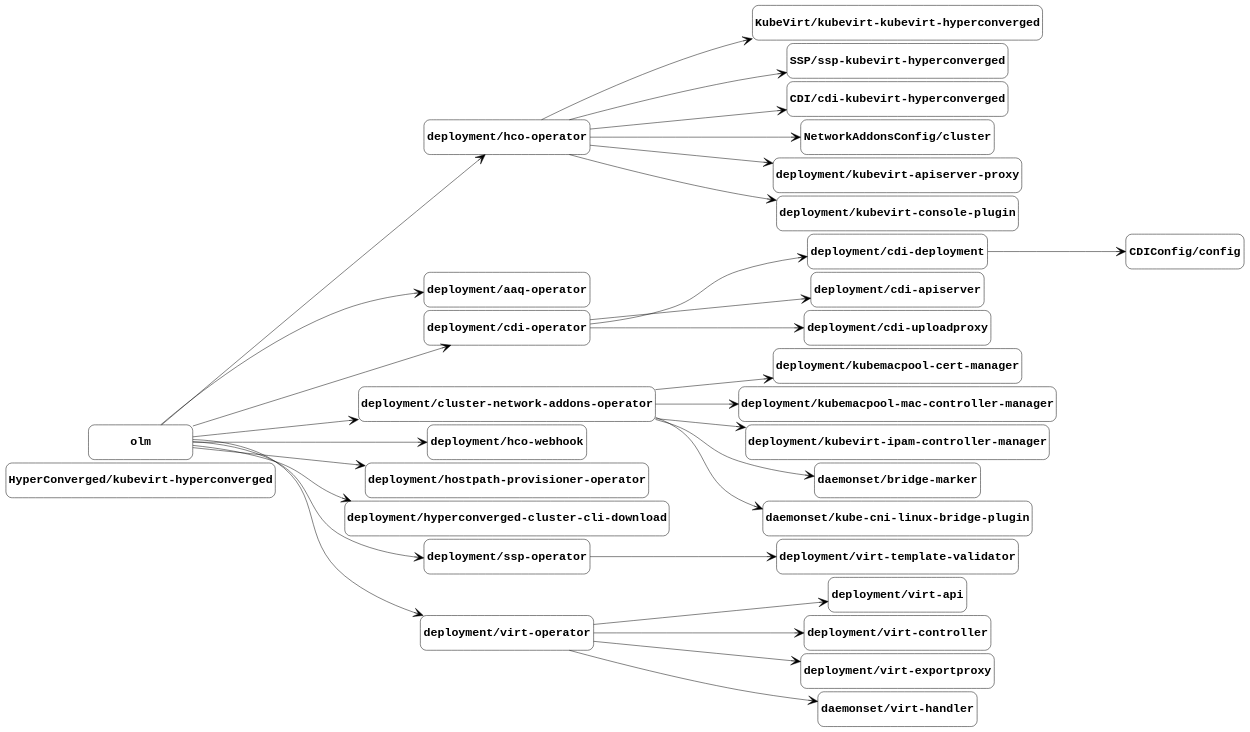
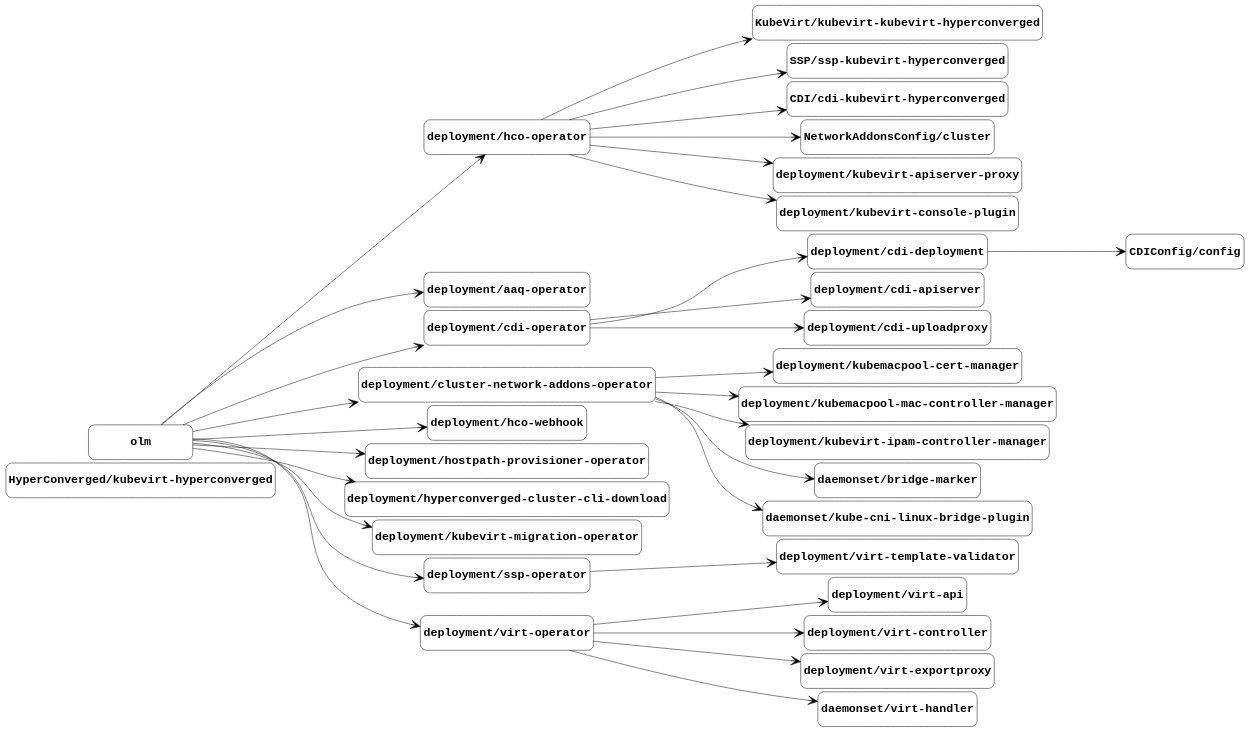
One commit to kubevirt/hyperconverged-cluster-operator changed the diagram in docs/managed-by.gv. Above: the diagram before and after it, drawn with Graphviz. The commit also changed 3 other files, not shown here.

Commit message:
Update component graphs from the nightly job

```diff
--- a/docs/managed-by.gv
+++ b/docs/managed-by.gv
@@ -1,93 +1,96 @@
 digraph "managed-by" {
 	graph [center=true margin=0.2 nodesep=0.1 rankdir=LR ranksep=2]
 	node [fontname="Courier-Bold" fontsize=24 height=1 shape=box style=rounded width=3]
 	edge [arrowhead=vee arrowsize=2]
 	"HyperConverged/kubevirt-hyperconverged" [label="HyperConverged/kubevirt-hyperconverged"]
 	"KubeVirt/kubevirt-kubevirt-hyperconverged" [label="KubeVirt/kubevirt-kubevirt-hyperconverged"]
 	"deployment/hco-operator" [label="deployment/hco-operator"]
 	"deployment/hco-operator" -> "KubeVirt/kubevirt-kubevirt-hyperconverged"
 	"SSP/ssp-kubevirt-hyperconverged" [label="SSP/ssp-kubevirt-hyperconverged"]
 	"deployment/hco-operator" [label="deployment/hco-operator"]
 	"deployment/hco-operator" -> "SSP/ssp-kubevirt-hyperconverged"
 	"CDI/cdi-kubevirt-hyperconverged" [label="CDI/cdi-kubevirt-hyperconverged"]
 	"deployment/hco-operator" [label="deployment/hco-operator"]
 	"deployment/hco-operator" -> "CDI/cdi-kubevirt-hyperconverged"
 	"CDIConfig/config" [label="CDIConfig/config"]
 	"deployment/cdi-deployment" [label="deployment/cdi-deployment"]
 	"deployment/cdi-deployment" -> "CDIConfig/config"
 	"NetworkAddonsConfig/cluster" [label="NetworkAddonsConfig/cluster"]
 	"deployment/hco-operator" [label="deployment/hco-operator"]
 	"deployment/hco-operator" -> "NetworkAddonsConfig/cluster"
 	"deployment/aaq-operator" [label="deployment/aaq-operator"]
 	olm [label=olm]
 	olm -> "deployment/aaq-operator"
 	"deployment/cdi-apiserver" [label="deployment/cdi-apiserver"]
 	"deployment/cdi-operator" [label="deployment/cdi-operator"]
 	"deployment/cdi-operator" -> "deployment/cdi-apiserver"
 	"deployment/cdi-deployment" [label="deployment/cdi-deployment"]
 	"deployment/cdi-operator" [label="deployment/cdi-operator"]
 	"deployment/cdi-operator" -> "deployment/cdi-deployment"
 	"deployment/cdi-operator" [label="deployment/cdi-operator"]
 	olm [label=olm]
 	olm -> "deployment/cdi-operator"
 	"deployment/cdi-uploadproxy" [label="deployment/cdi-uploadproxy"]
 	"deployment/cdi-operator" [label="deployment/cdi-operator"]
 	"deployment/cdi-operator" -> "deployment/cdi-uploadproxy"
 	"deployment/cluster-network-addons-operator" [label="deployment/cluster-network-addons-operator"]
 	olm [label=olm]
 	olm -> "deployment/cluster-network-addons-operator"
 	"deployment/hco-operator" [label="deployment/hco-operator"]
 	olm [label=olm]
 	olm -> "deployment/hco-operator"
 	"deployment/hco-webhook" [label="deployment/hco-webhook"]
 	olm [label=olm]
 	olm -> "deployment/hco-webhook"
 	"deployment/hostpath-provisioner-operator" [label="deployment/hostpath-provisioner-operator"]
 	olm [label=olm]
 	olm -> "deployment/hostpath-provisioner-operator"
 	"deployment/hyperconverged-cluster-cli-download" [label="deployment/hyperconverged-cluster-cli-download"]
 	olm [label=olm]
 	olm -> "deployment/hyperconverged-cluster-cli-download"
 	"deployment/kubemacpool-cert-manager" [label="deployment/kubemacpool-cert-manager"]
 	"deployment/cluster-network-addons-operator" [label="deployment/cluster-network-addons-operator"]
 	"deployment/cluster-network-addons-operator" -> "deployment/kubemacpool-cert-manager"
 	"deployment/kubemacpool-mac-controller-manager" [label="deployment/kubemacpool-mac-controller-manager"]
 	"deployment/cluster-network-addons-operator" [label="deployment/cluster-network-addons-operator"]
 	"deployment/cluster-network-addons-operator" -> "deployment/kubemacpool-mac-controller-manager"
 	"deployment/kubevirt-apiserver-proxy" [label="deployment/kubevirt-apiserver-proxy"]
 	"deployment/hco-operator" [label="deployment/hco-operator"]
 	"deployment/hco-operator" -> "deployment/kubevirt-apiserver-proxy"
 	"deployment/kubevirt-console-plugin" [label="deployment/kubevirt-console-plugin"]
 	"deployment/hco-operator" [label="deployment/hco-operator"]
 	"deployment/hco-operator" -> "deployment/kubevirt-console-plugin"
 	"deployment/kubevirt-ipam-controller-manager" [label="deployment/kubevirt-ipam-controller-manager"]
 	"deployment/cluster-network-addons-operator" [label="deployment/cluster-network-addons-operator"]
 	"deployment/cluster-network-addons-operator" -> "deployment/kubevirt-ipam-controller-manager"
+	"deployment/kubevirt-migration-operator" [label="deployment/kubevirt-migration-operator"]
+	olm [label=olm]
+	olm -> "deployment/kubevirt-migration-operator"
 	"deployment/ssp-operator" [label="deployment/ssp-operator"]
 	olm [label=olm]
 	olm -> "deployment/ssp-operator"
 	"deployment/virt-api" [label="deployment/virt-api"]
 	"deployment/virt-operator" [label="deployment/virt-operator"]
 	"deployment/virt-operator" -> "deployment/virt-api"
 	"deployment/virt-controller" [label="deployment/virt-controller"]
 	"deployment/virt-operator" [label="deployment/virt-operator"]
 	"deployment/virt-operator" -> "deployment/virt-controller"
 	"deployment/virt-exportproxy" [label="deployment/virt-exportproxy"]
 	"deployment/virt-operator" [label="deployment/virt-operator"]
 	"deployment/virt-operator" -> "deployment/virt-exportproxy"
 	"deployment/virt-operator" [label="deployment/virt-operator"]
 	olm [label=olm]
 	olm -> "deployment/virt-operator"
 	"deployment/virt-template-validator" [label="deployment/virt-template-validator"]
 	"deployment/ssp-operator" [label="deployment/ssp-operator"]
 	"deployment/ssp-operator" -> "deployment/virt-template-validator"
 	"daemonset/bridge-marker" [label="daemonset/bridge-marker"]
 	"deployment/cluster-network-addons-operator" [label="deployment/cluster-network-addons-operator"]
 	"deployment/cluster-network-addons-operator" -> "daemonset/bridge-marker"
 	"daemonset/kube-cni-linux-bridge-plugin" [label="daemonset/kube-cni-linux-bridge-plugin"]
 	"deployment/cluster-network-addons-operator" [label="deployment/cluster-network-addons-operator"]
 	"deployment/cluster-network-addons-operator" -> "daemonset/kube-cni-linux-bridge-plugin"
 	"daemonset/virt-handler" [label="daemonset/virt-handler"]
 	"deployment/virt-operator" [label="deployment/virt-operator"]
 	"deployment/virt-operator" -> "daemonset/virt-handler"
 }
```
